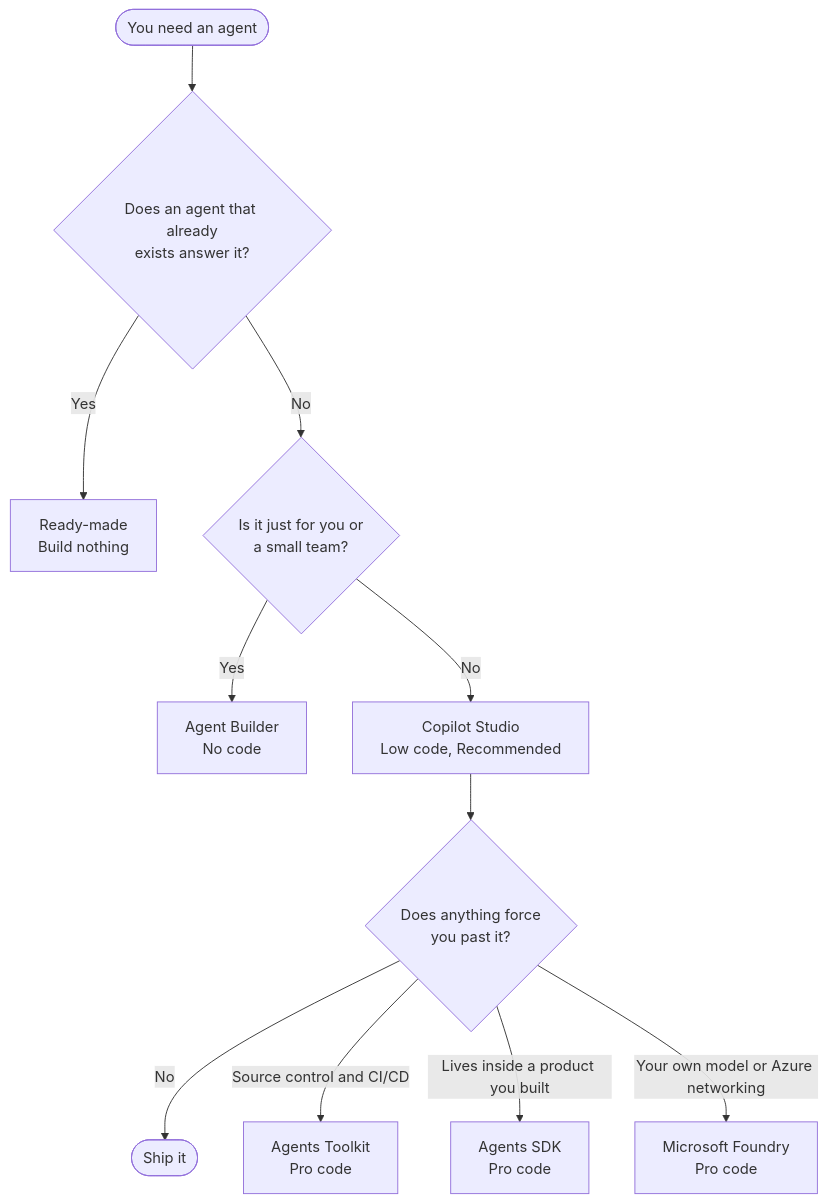
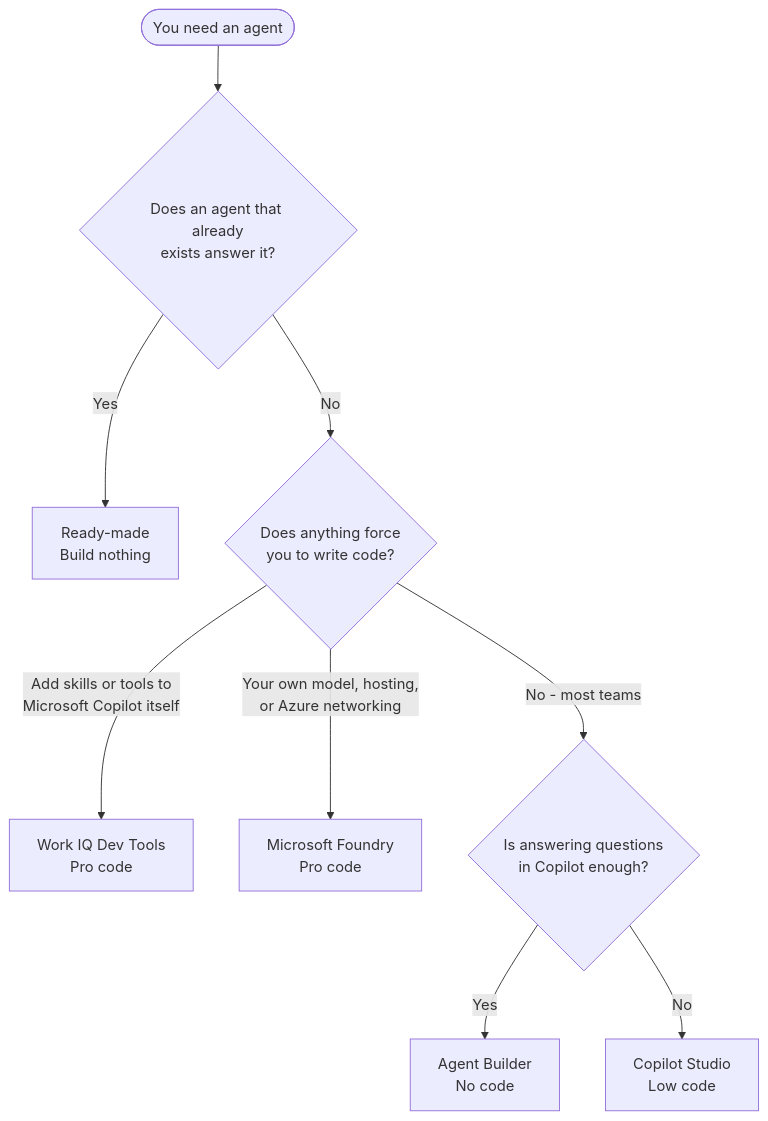
Before and after one commit to SSWConsulting/SSW.Rules.Content: the diagram in public/uploads/rules/ai-agent-platform/rule.mdx, drawn with Mermaid. The commit also changed other lines of this file, not shown here.

First line of the commit message:
ai-agent-platform - Update for Ignite 2026 and add SophieBot example (#13743)

````diff
--- a/public/uploads/rules/ai-agent-platform/rule.mdx
+++ b/public/uploads/rules/ai-agent-platform/rule.mdx
@@ -50,13 +48,11 @@
 ```mermaid
 flowchart TD
     Start(["You need an agent"]) --> Q0{"Does an agent that already<br>exists answer it?"}
     Q0 -->|Yes| RM["Ready-made<br>Build nothing"]
-    Q0 -->|No| Q1{"Is it just for you or<br>a small team?"}
-    Q1 -->|Yes| AB["Agent Builder<br>No code"]
-    Q1 -->|No| CS["Copilot Studio<br>Low code, Recommended"]
-    CS --> Q2{"Does anything force<br>you past it?"}
-    Q2 -->|No| Ship(["Ship it"])
-    Q2 -->|"Source control and CI/CD"| TK["Agents Toolkit<br>Pro code"]
-    Q2 -->|"Lives inside a product you built"| SDK["Agents SDK<br>Pro code"]
-    Q2 -->|"Your own model or Azure networking"| FD["Microsoft Foundry<br>Pro code"]
+    Q0 -->|No| Q1{"Does anything force<br>you to write code?"}
+    Q1 -->|"Add skills or tools to<br>Microsoft Copilot itself"| TK["Work IQ Dev Tools<br>Pro code"]
+    Q1 -->|"Your own model, hosting,<br>or Azure networking"| FD["Microsoft Foundry<br>Pro code"]
+    Q1 -->|"No - most teams"| Q2{"Is answering questions<br>in Copilot enough?"}
+    Q2 -->|Yes| AB["Agent Builder<br>No code"]
+    Q2 -->|No| CS["Copilot Studio<br>Low code"]
 ```
````
